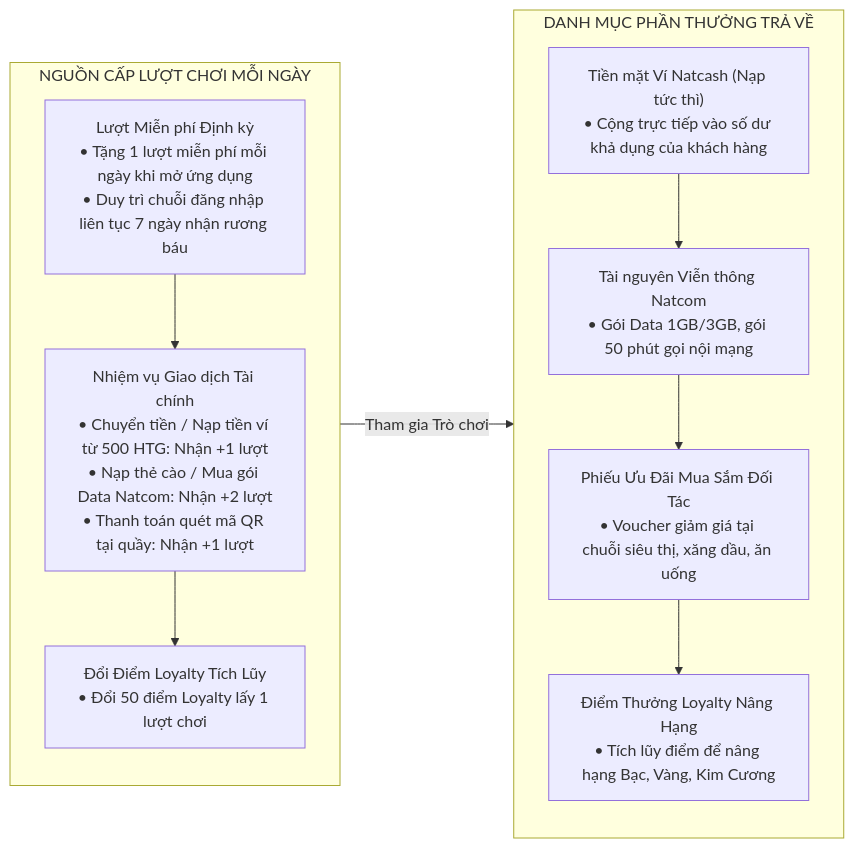
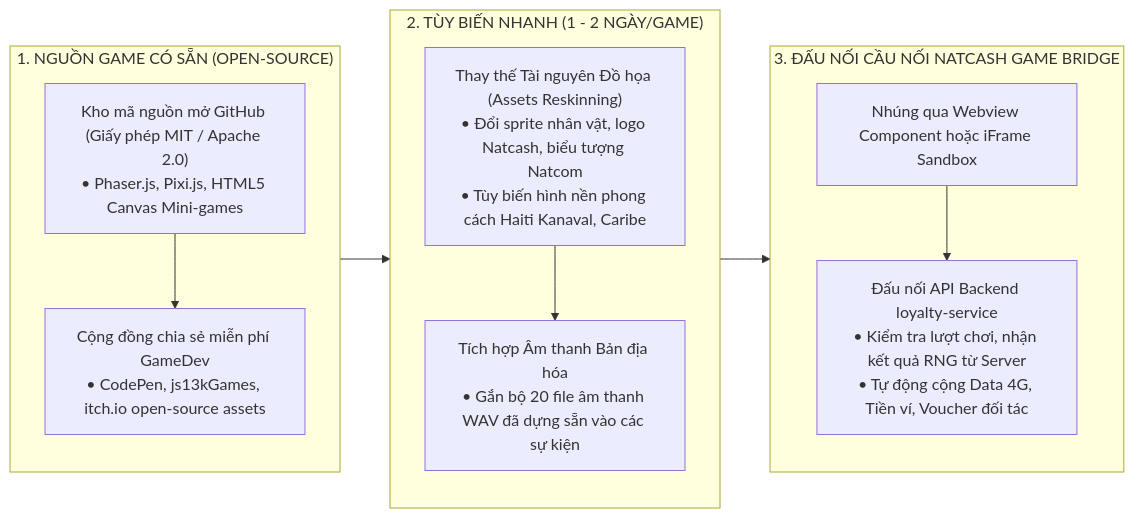
Before and after one commit to chapisoft/micro-loyalty: the first of 3 diagrams in plan/game_list.md, drawn with Mermaid. The commit also changed other lines of this file and 37 other files, not shown here.

````diff
--- a/plan/game_list.md
+++ b/plan/game_list.md
@@ -149,24 +11,26 @@
 ```mermaid
 flowchart LR
-    subgraph S_SOURCES ["NGUỒN CẤP LƯỢT CHƠI MỖI NGÀY"]
+    subgraph S_SOURCE ["1. NGUỒN GAME CÓ SẴN (OPEN-SOURCE)"]
         direction TB
-        S1["Lượt Miễn phí Định kỳ<br/>• Tặng 1 lượt miễn phí mỗi ngày khi mở ứng dụng<br/>• Duy trì chuỗi đăng nhập liên tục 7 ngày nhận rương báu"]
-        S2["Nhiệm vụ Giao dịch Tài chính<br/>• Chuyển tiền / Nạp tiền ví từ 500 HTG: Nhận +1 lượt<br/>• Nạp thẻ cào / Mua gói Data Natcom: Nhận +2 lượt<br/>• Thanh toán quét mã QR tại quầy: Nhận +1 lượt"]
-        S3["Đổi Điểm Loyalty Tích Lũy<br/>• Đổi 50 điểm Loyalty lấy 1 lượt chơi"]
-        S1 --> S2
-        S2 --> S3
+        SRC_1["Kho mã nguồn mở GitHub (Giấy phép MIT / Apache 2.0)<br/>• Phaser.js, Pixi.js, HTML5 Canvas Mini-games"]
+        SRC_2["Cộng đồng chia sẻ miễn phí GameDev<br/>• CodePen, js13kGames, itch.io open-source assets"]
+        SRC_1 --> SRC_2
     end
 
-    subgraph S_REWARDS ["DANH MỤC PHẦN THƯỞNG TRẢ VỀ"]
+    subgraph S_RESKIN ["2. TÙY BIẾN NHANH (1 - 2 NGÀY/GAME)"]
         direction TB
-        R1["Tiền mặt Ví Natcash (Nạp tức thì)<br/>• Cộng trực tiếp vào số dư khả dụng của khách hàng"]
-        R2["Tài nguyên Viễn thông Natcom<br/>• Gói Data 1GB/3GB, gói 50 phút gọi nội mạng"]
-        R3["Phiếu Ưu Đãi Mua Sắm Đối Tác<br/>• Voucher giảm giá tại chuỗi siêu thị, xăng dầu, ăn uống"]
-        R4["Điểm Thưởng Loyalty Nâng Hạng<br/>• Tích lũy điểm để nâng hạng Bạc, Vàng, Kim Cương"]
-        R1 --> R2
-        R2 --> R3
-        R3 --> R4
+        RES_1["Thay thế Tài nguyên Đồ họa (Assets Reskinning)<br/>• Đổi sprite nhân vật, logo Natcash, biểu tượng Natcom<br/>• Tùy biến hình nền phong cách Haiti Kanaval, Caribe"]
+        RES_2["Tích hợp Âm thanh Bản địa hóa<br/>• Gắn bộ 20 file âm thanh WAV đã dựng sẵn vào các sự kiện"]
+        RES_1 --> RES_2
     end
 
-    S_SOURCES -->|Tham gia Trò chơi| S_REWARDS
+    subgraph S_BRIDGE ["3. ĐẤU NỐI CẦU NỐI NATCASH GAME BRIDGE"]
+        direction TB
+        BR_1["Nhúng qua Webview Component hoặc iFrame Sandbox"]
+        BR_2["Đấu nối API Backend loyalty-service<br/>• Kiểm tra lượt chơi, nhận kết quả RNG từ Server<br/>• Tự động cộng Data 4G, Tiền ví, Voucher đối tác"]
+        BR_1 --> BR_2
+    end
+
+    S_SOURCE --> S_RESKIN
+    S_RESKIN --> S_BRIDGE
 ```
````
